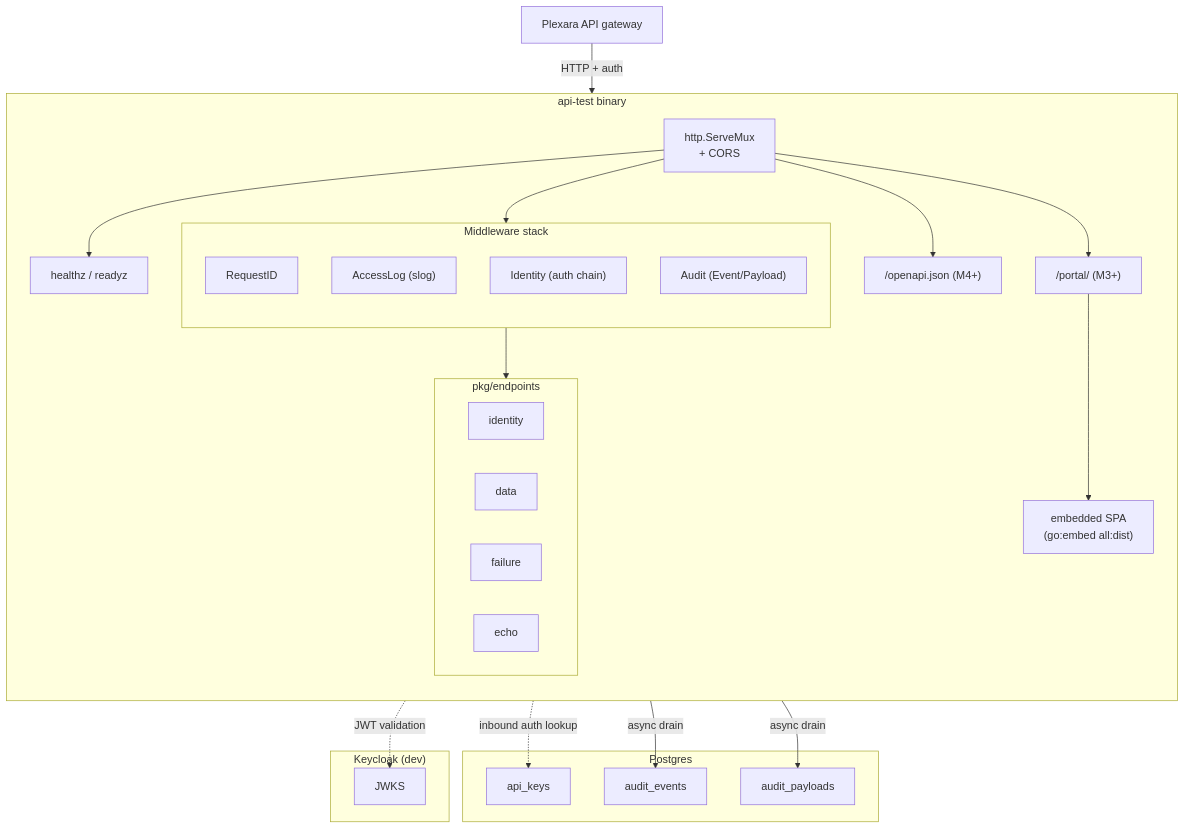
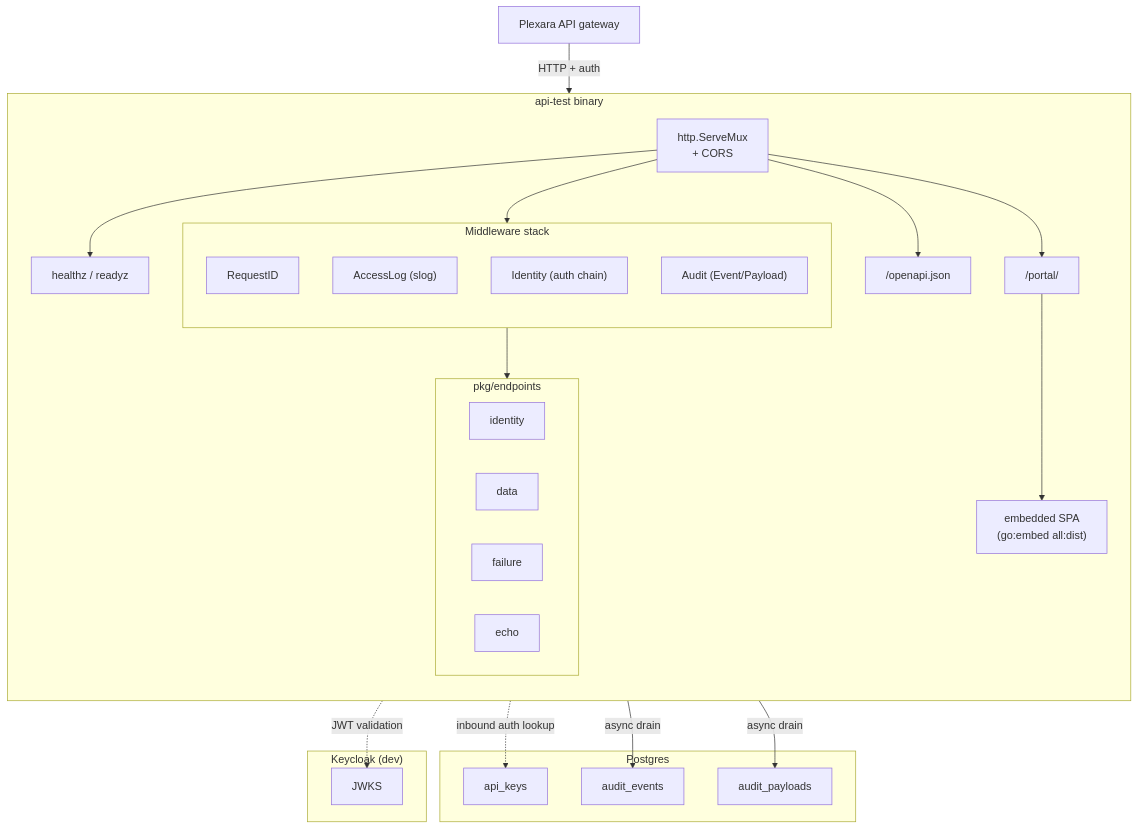
Before and after one commit to plexara/api-test: the first of 4 diagrams in docs/reference/architecture.md, drawn with Mermaid. The commit also changed other lines of this file and 18 other files, not shown here.

````diff
--- a/docs/reference/architecture.md
+++ b/docs/reference/architecture.md
@@ -15,47 +15,47 @@
 ```mermaid
 flowchart TB
     subgraph Binary["api-test binary"]
         direction TB
         Mux["http.ServeMux<br/>+ CORS"]
         subgraph MW["Middleware stack"]
             direction TB
             ReqID["RequestID"]
             AccessLog["AccessLog (slog)"]
             Identity["Identity (auth chain)"]
             Audit["Audit (Event/Payload)"]
         end
         subgraph Groups["pkg/endpoints"]
             direction LR
             Identity_g["identity"]
             Data_g["data"]
             Failure_g["failure"]
             Echo_g["echo"]
         end
         Health["healthz / readyz"]
-        Portal["/portal/ (M3+)"]
-        OpenAPI["/openapi.json (M4+)"]
+        Portal["/portal/"]
+        OpenAPI["/openapi.json"]
         SPA["embedded SPA<br/>(go:embed all:dist)"]
     end
 
     subgraph DB["Postgres"]
         api_keys
         audit_events
         audit_payloads
     end
 
     subgraph IdP["Keycloak (dev)"]
         JWKS
     end
 
     Plexara["Plexara API gateway"] -->|HTTP + auth| Mux
     Mux --> MW
     MW --> Groups
     MW -.->|inbound auth lookup| api_keys
     MW -->|async drain| audit_events
     MW -->|async drain| audit_payloads
     MW -.->|JWT validation| JWKS
     Mux --> Health
     Mux --> Portal
     Mux --> OpenAPI
     Portal --> SPA
 ```
````
